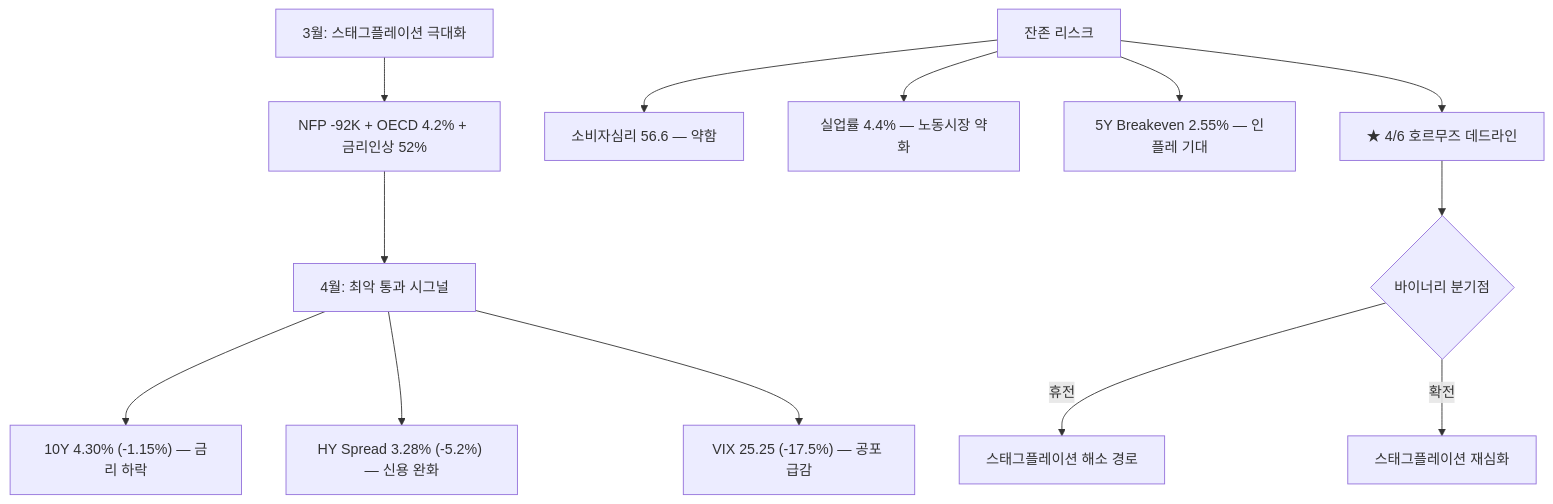
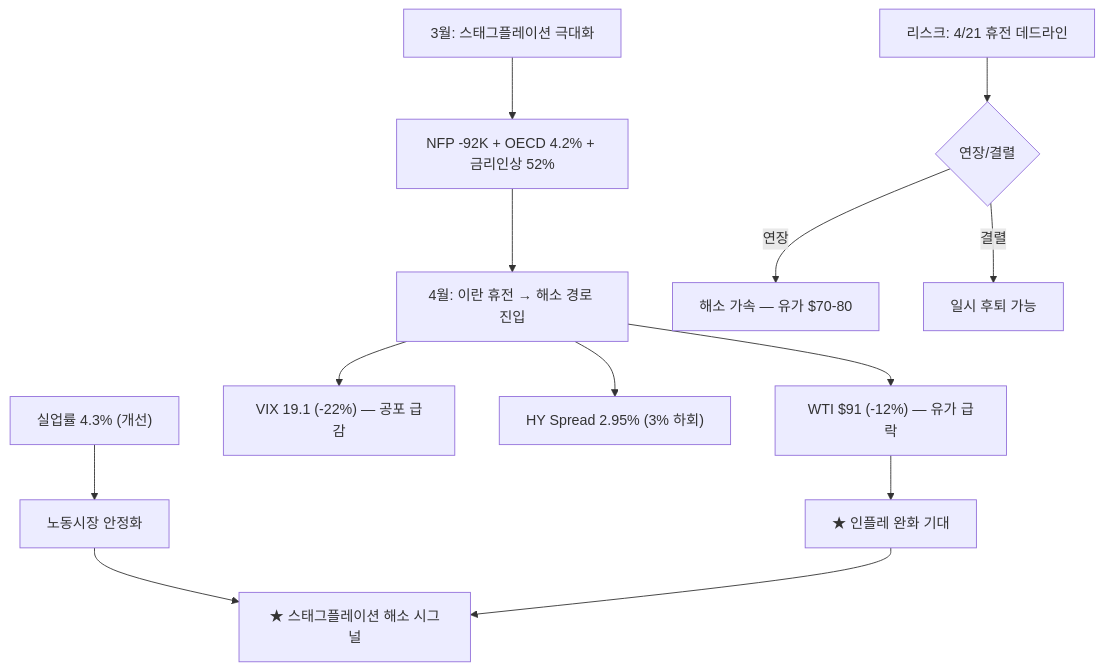
The seventh of 9 diagrams in _posts/knowledge/invest/2026-01-12-macroeconomic-policy-sector-outlook-2026.md (dss99911/dss99911.github.io), drawn with Mermaid before and after one commit. The commit also changed other lines of this file and 2 other files, not shown here.

````diff
--- a/_posts/knowledge/invest/2026-01-12-macroeconomic-policy-sector-outlook-2026.md
+++ b/_posts/knowledge/invest/2026-01-12-macroeconomic-policy-sector-outlook-2026.md
@@ -247,15 +277,15 @@
 ```mermaid
 graph TD
     A["3월: 스태그플레이션 극대화"] --> B["NFP -92K + OECD 4.2% + 금리인상 52%"]
-    B --> C["4월: 최악 통과 시그널"]
-    C --> D["10Y 4.30% #40;-1.15%#41; — 금리 하락"]
-    C --> E["HY Spread 3.28% #40;-5.2%#41; — 신용 완화"]
-    C --> F["VIX 25.25 #40;-17.5%#41; — 공포 급감"]
-    G["잔존 리스크"] --> H["소비자심리 56.6 — 약함"]
-    G --> I["실업률 4.4% — 노동시장 약화"]
-    G --> J["5Y Breakeven 2.55% — 인플레 기대"]
-    G --> K["★ 4/6 호르무즈 데드라인"]
-    K --> L{"바이너리 분기점"}
-    L -->|"휴전"| M["스태그플레이션 해소 경로"]
-    L -->|"확전"| N["스태그플레이션 재심화"]
+    B --> C["4월: 이란 휴전 → 해소 경로 진입"]
+    C --> D["WTI $91 #40;-12%#41; — 유가 급락"]
+    C --> E["VIX 19.1 #40;-22%#41; — 공포 급감"]
+    C --> F["HY Spread 2.95% #40;3% 하회#41;"]
+    D --> G["★ 인플레 완화 기대"]
+    H["실업률 4.3% #40;개선#41;"] --> I["노동시장 안정화"]
+    I --> J["★ 스태그플레이션 해소 시그널"]
+    G --> J
+    K["리스크: 4/21 휴전 데드라인"] --> L{"연장/결렬"}
+    L -->|"연장"| M["해소 가속 — 유가 $70-80"]
+    L -->|"결렬"| N["일시 후퇴 가능"]
 ```
````
